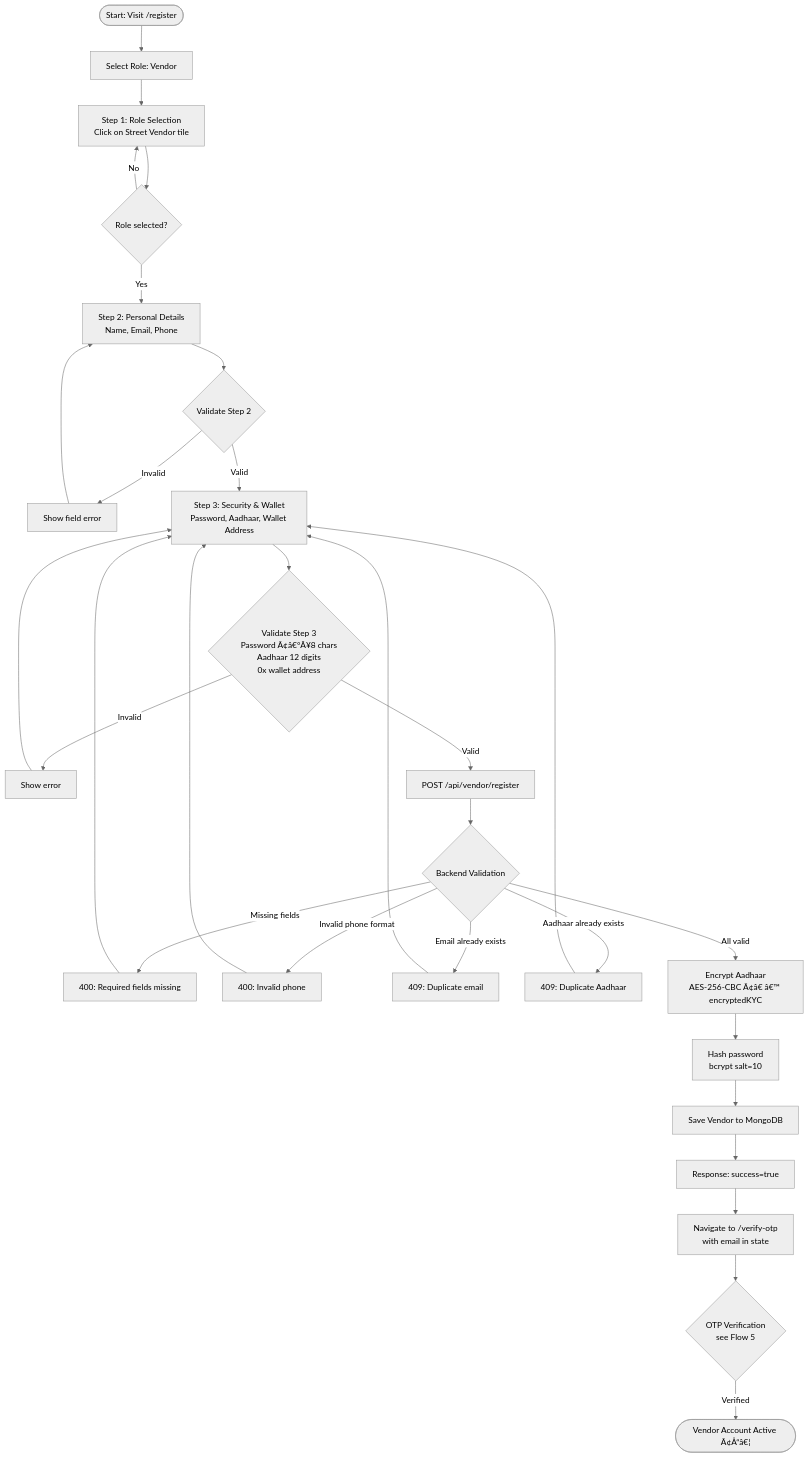
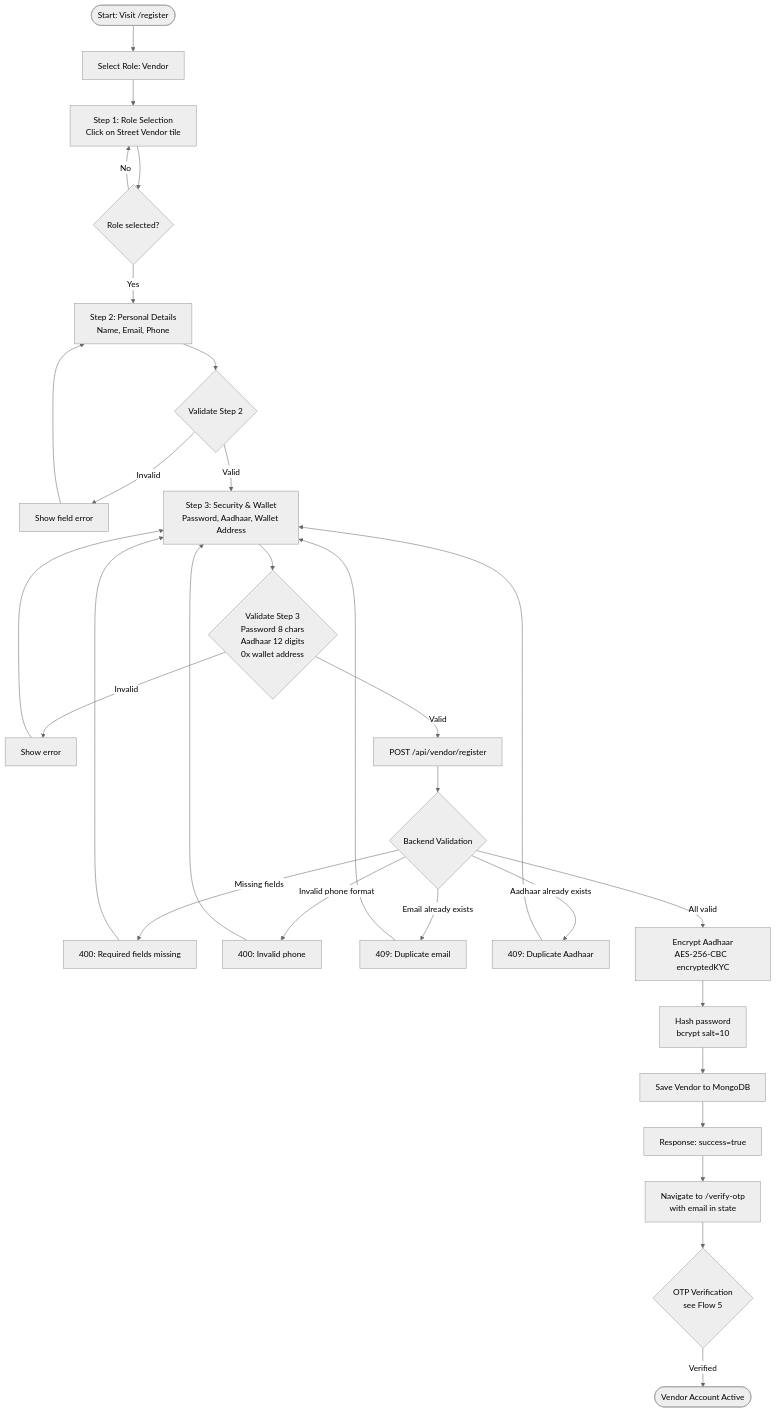
The second of 21 diagrams in PROCESS_FLOWS.md (sivamaniganjerupalli/simplified-microloans), drawn with Mermaid (neutral theme) before and after one commit. The commit also changed other lines of this file and 14 other files, not shown here.

````diff
--- a/PROCESS_FLOWS.md
+++ b/PROCESS_FLOWS.md
@@ -67,28 +67,28 @@
 ```mermaid
 flowchart TD
     A([Start: Visit /register]) --> B[Select Role: Vendor]
     B --> C[Step 1: Role Selection\nClick on Street Vendor tile]
     C --> D{Role selected?}
     D -- No --> C
     D -- Yes --> E[Step 2: Personal Details\nName, Email, Phone]
     E --> F{Validate Step 2}
     F -- Invalid --> G[Show field error] --> E
     F -- Valid --> H[Step 3: Security & Wallet\nPassword, Aadhaar, Wallet Address]
-    H --> I{Validate Step 3\nPassword Ã¢â€°Â¥8 chars\nAadhaar 12 digits\n0x wallet address}
+    H --> I{Validate Step 3\nPassword 8 chars\nAadhaar 12 digits\n0x wallet address}
     I -- Invalid --> J[Show error] --> H
     I -- Valid --> K[POST /api/vendor/register]
     
     K --> L{Backend Validation}
     L -- Missing fields --> M[400: Required fields missing] --> H
     L -- Invalid phone format --> N[400: Invalid phone] --> H
     L -- Email already exists --> O[409: Duplicate email] --> H
     L -- Aadhaar already exists --> P[409: Duplicate Aadhaar] --> H
     
-    L -- All valid --> Q[Encrypt Aadhaar\nAES-256-CBC Ã¢â€ â€™ encryptedKYC]
+    L -- All valid --> Q[Encrypt Aadhaar\nAES-256-CBC  encryptedKYC]
     Q --> R[Hash password\nbcrypt salt=10]
     R --> S[Save Vendor to MongoDB]
     S --> T[Response: success=true]
     T --> U[Navigate to /verify-otp\nwith email in state]
     U --> V{OTP Verification\nsee Flow 5}
-    V -- Verified --> W([Vendor Account Active Ã¢Å“â€¦])
+    V -- Verified --> W([Vendor Account Active ])
 ```
````
